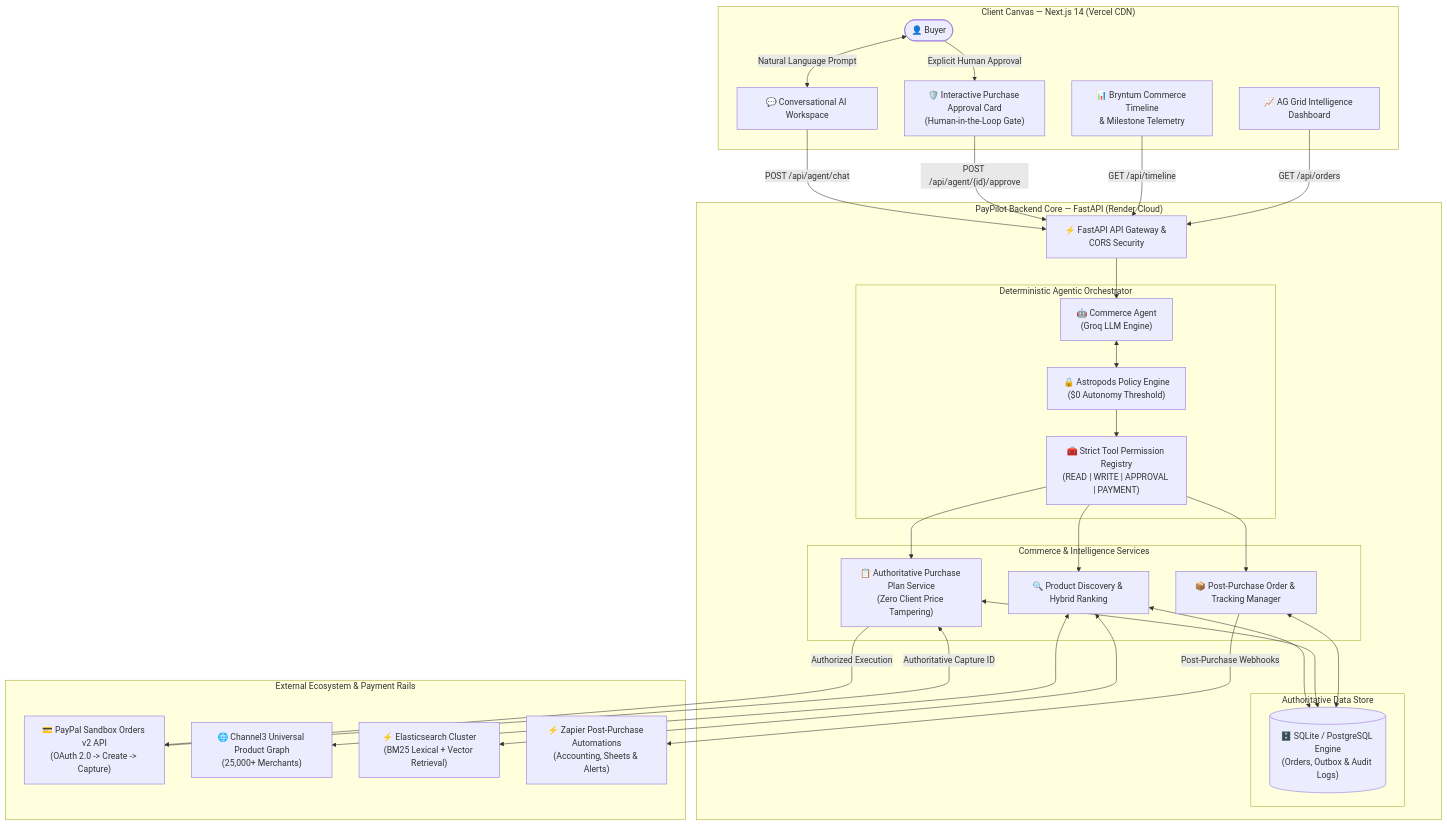
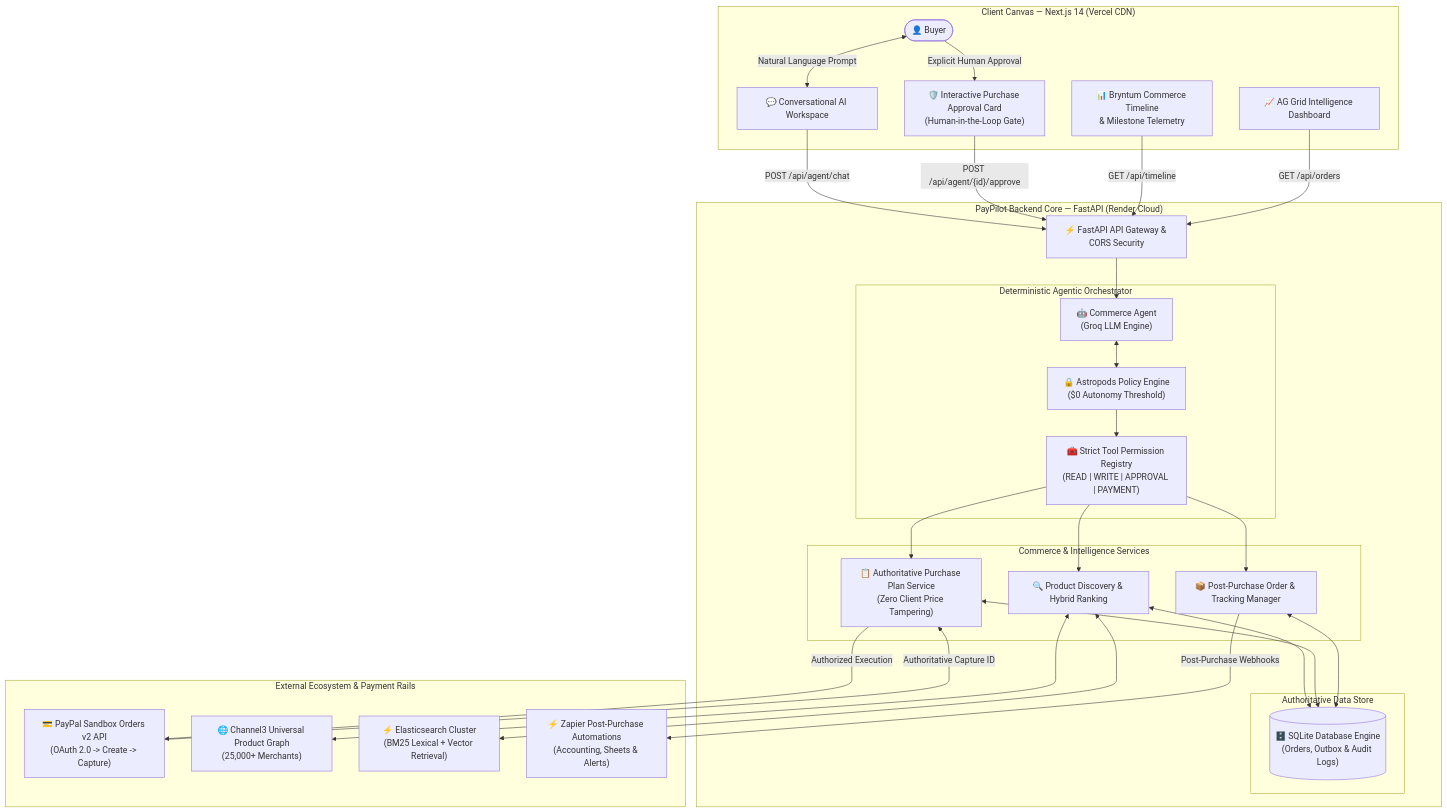
One commit to atleekumaar/paypilot changed the first of 2 diagrams in README.md. Above: the diagram before and after it, drawn with Mermaid. The commit also changed other lines of this file and 17 other files, not shown here.

Commit message:
feat(theme): support light and dark theme on timeline and insights, remove postgres references in docs

````diff
--- a/README.md
+++ b/README.md
@@ -230,69 +230,69 @@
 ```mermaid
 flowchart TD
     subgraph Client ["Client Canvas — Next.js 14 (Vercel CDN)"]
         User(["👤 Buyer"])
         UI_Chat["💬 Conversational AI Workspace"]
         UI_Approval["🛡️ Interactive Purchase Approval Card\n(Human-in-the-Loop Gate)"]
         UI_Timeline["📊 Bryntum Commerce Timeline\n& Milestone Telemetry"]
         UI_Dashboard["📈 AG Grid Intelligence Dashboard"]
     end
 
     subgraph Backend ["PayPilot Backend Core — FastAPI (Render Cloud)"]
         API_Gateway["⚡ FastAPI API Gateway & CORS Security"]
         
         subgraph AgenticCore ["Deterministic Agentic Orchestrator"]
             Agent["🤖 Commerce Agent\n(Groq LLM Engine)"]
             PolicyEngine["🔒 Astropods Policy Engine\n($0 Autonomy Threshold)"]
             ToolRegistry["🧰 Strict Tool Permission Registry\n(READ | WRITE | APPROVAL | PAYMENT)"]
         end
 
         subgraph CommerceEngines ["Commerce & Intelligence Services"]
             DiscoveryEngine["🔍 Product Discovery & Hybrid Ranking"]
             PlanService["📋 Authoritative Purchase Plan Service\n(Zero Client Price Tampering)"]
             OrderService["📦 Post-Purchase Order & Tracking Manager"]
         end
 
         subgraph Persistence ["Authoritative Data Store"]
-            DB[("🗄️ SQLite / PostgreSQL Engine\n(Orders, Outbox & Audit Logs)")]
+            DB[("🗄️ SQLite Database Engine\n(Orders, Outbox & Audit Logs)")]
         end
     end
 
     subgraph Integrations ["External Ecosystem & Payment Rails"]
         PayPal["💳 PayPal Sandbox Orders v2 API\n(OAuth 2.0 -> Create -> Capture)"]
         Channel3["🌐 Channel3 Universal Product Graph\n(25,000+ Merchants)"]
         Elasticsearch["⚡ Elasticsearch Cluster\n(BM25 Lexical + Vector Retrieval)"]
         Zapier["⚡ Zapier Post-Purchase Automations\n(Accounting, Sheets & Alerts)"]
     end
 
     %% User interactions
     User <-->|"Natural Language Prompt"| UI_Chat
     User -->|"Explicit Human Approval"| UI_Approval
 
     %% Frontend to Backend
     UI_Chat -->|"POST /api/agent/chat"| API_Gateway
     UI_Approval -->|"POST /api/agent/{id}/approve"| API_Gateway
     UI_Timeline -->|"GET /api/timeline"| API_Gateway
     UI_Dashboard -->|"GET /api/orders"| API_Gateway
 
     %% Gateway to Agent
     API_Gateway --> Agent
     Agent <--> PolicyEngine
     PolicyEngine --> ToolRegistry
 
     %% Tools to Services
     ToolRegistry --> DiscoveryEngine
     ToolRegistry --> PlanService
     ToolRegistry --> OrderService
 
     %% Services to Storage & External
     DiscoveryEngine <--> Channel3
     DiscoveryEngine <--> Elasticsearch
     DiscoveryEngine <--> DB
     PlanService <--> DB
     OrderService <--> DB
 
     %% Payment Rails
     PlanService -->|"Authorized Execution"| PayPal
     PayPal -->|"Authoritative Capture ID"| PlanService
     OrderService -->|"Post-Purchase Webhooks"| Zapier
 ```
````
